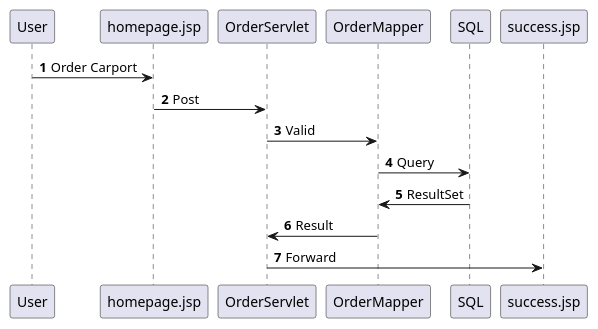
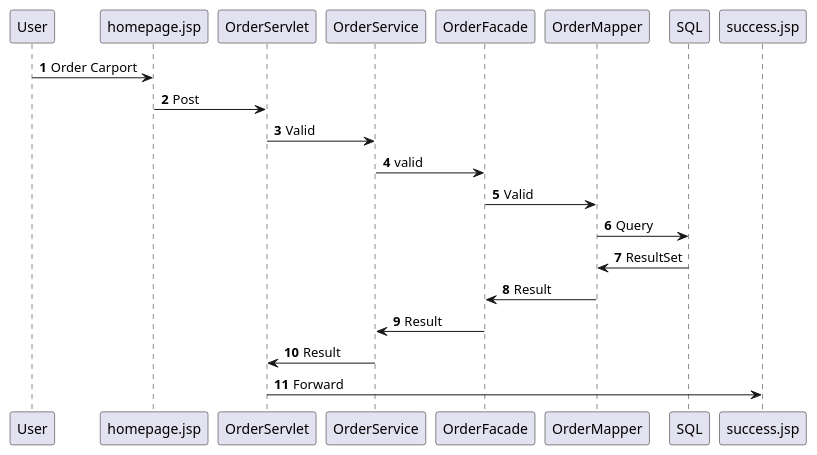
The diagram in documentation/SqCustomerOrder.puml (HeinLarsen/fog-carport), drawn with PlantUML before and after one commit. The commit also changed 5 other files, not shown here.

Commit message:
Fixed NavigationsDiagrammer

```diff
--- a/documentation/SqCustomerOrder.puml
+++ b/documentation/SqCustomerOrder.puml
@@ -1,14 +1,18 @@
 @startuml
 'https://plantuml.com/sequence-diagram
 
 autonumber
 
 User -> homepage.jsp: Order Carport
 homepage.jsp -> OrderServlet: Post
-OrderServlet -> OrderMapper: Valid
+OrderServlet -> OrderService: Valid
+OrderService -> OrderFacade:valid
+OrderFacade -> OrderMapper: Valid
 OrderMapper -> SQL: Query
 SQL -> OrderMapper: ResultSet
-OrderMapper -> OrderServlet: Result
+OrderMapper -> OrderFacade: Result
+OrderFacade -> OrderService: Result
+OrderService-> OrderServlet: Result
 OrderServlet -> success.jsp: Forward
 
 @enduml
```
